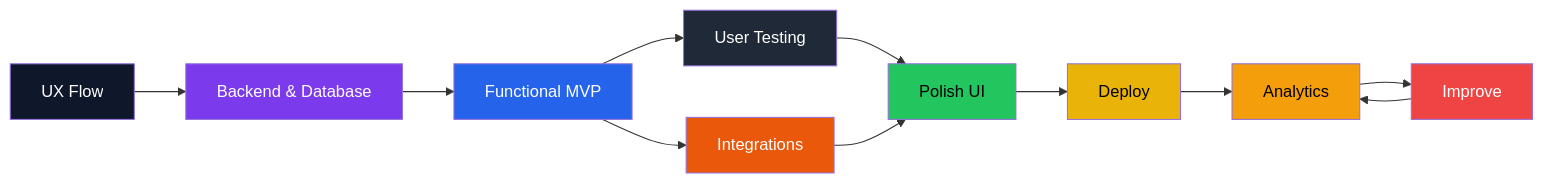
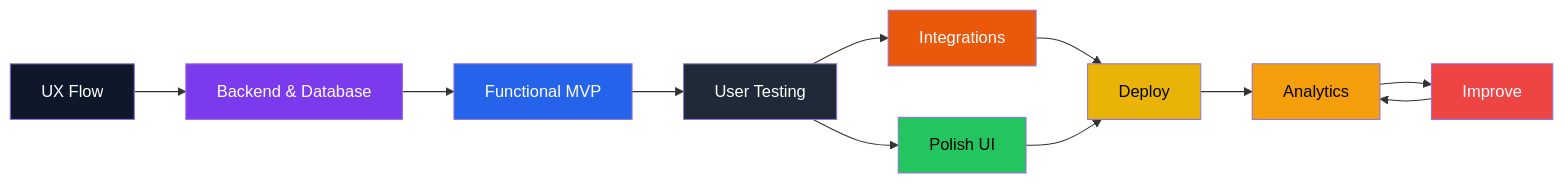
One commit to Monika-3/Monika-3 changed the diagram in README.md. Above: the diagram before and after it, drawn with Mermaid.

````diff
--- a/README.md
+++ b/README.md
@@ -41,27 +41,27 @@
 ```mermaid
 flowchart LR
 
 UX[UX Flow] --> BD[Backend & Database]
 BD --> MVP[Functional MVP]
 
 MVP --> UT[User Testing]
-MVP --> INT[Integrations]
+UT --> INT[Integrations]
 
 UT --> UI[Polish UI]
-INT --> UI
+INT --> DEP[Deploy]
 
 UI --> DEP[Deploy]
 DEP --> AN[Analytics]
 AN --> IMP[Improve]
 IMP --> AN
 
 style UX fill:#0f172a,color:#fff
 style BD fill:#7c3aed,color:#fff
 style MVP fill:#2563eb,color:#fff
 style UT fill:#1f2937,color:#fff
 style INT fill:#ea580c,color:#fff
 style UI fill:#22c55e,color:#000
 style DEP fill:#eab308,color:#000
 style AN fill:#f59e0b,color:#000
 style IMP fill:#ef4444,color:#fff
 ```
````
